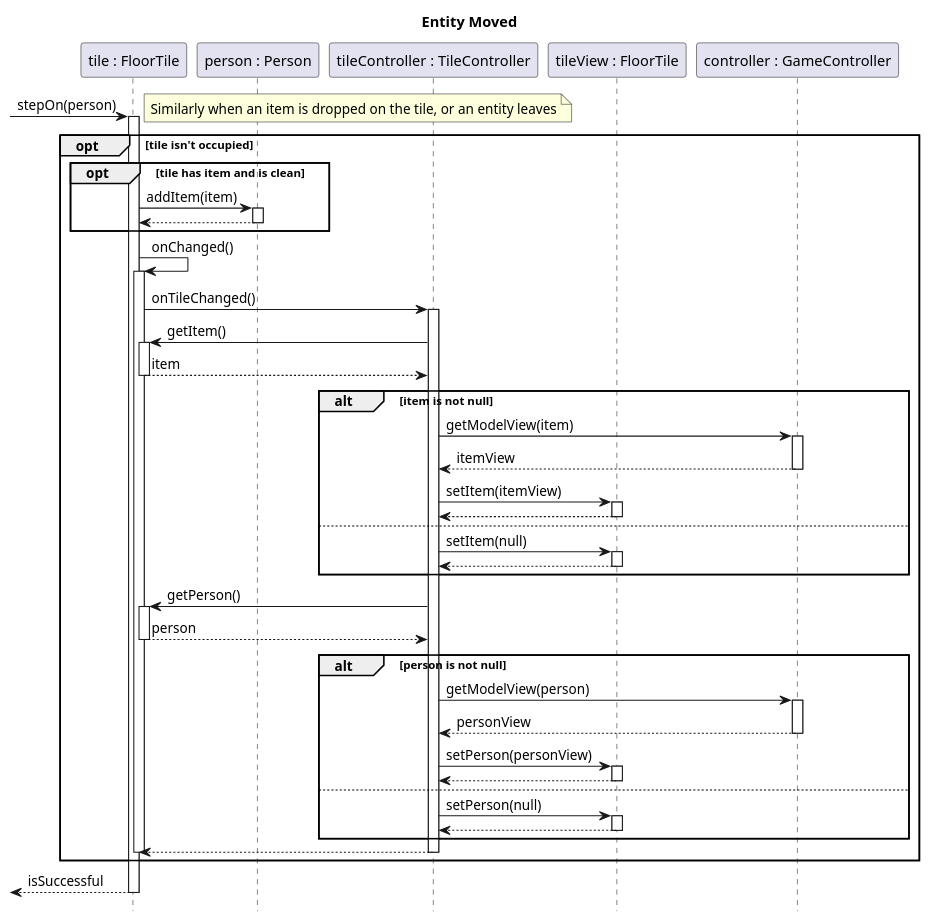
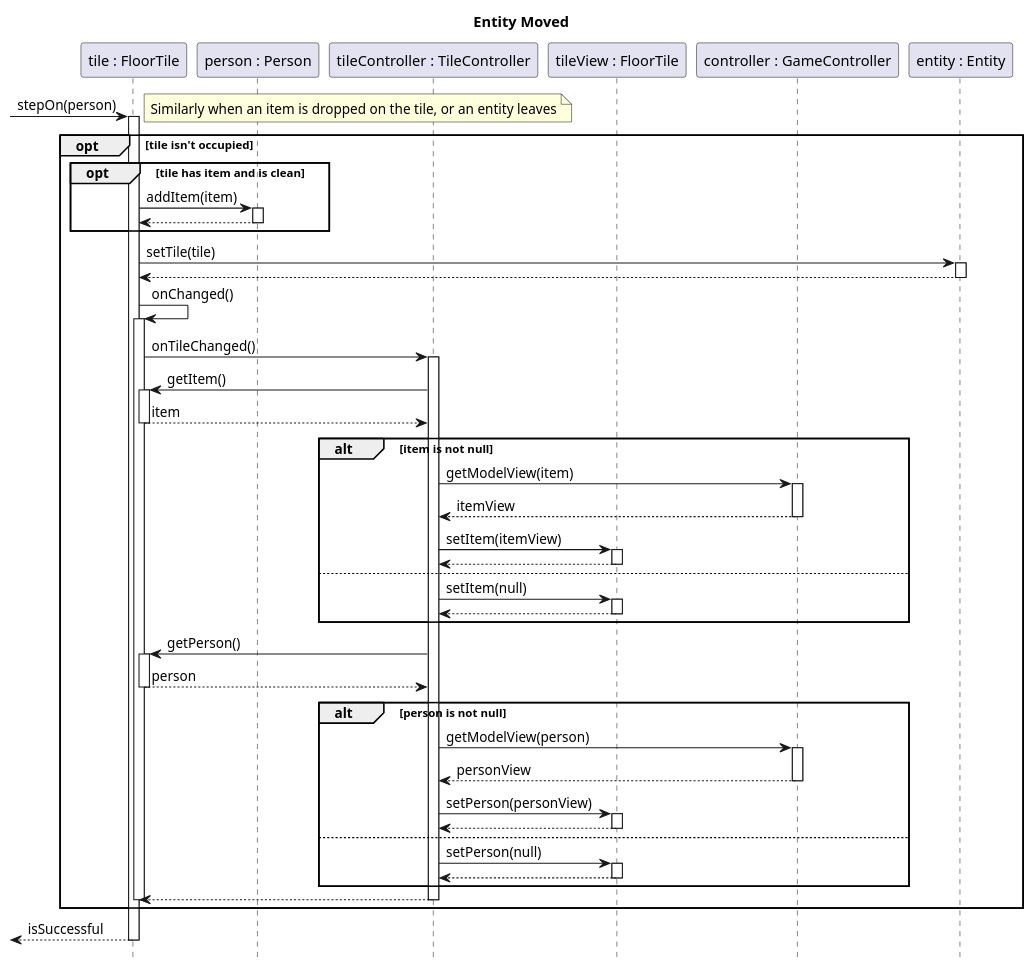
The second of 4 diagrams in docs/diagrams/graphics-sequence/interactions.puml (sn4k3ch4rm3r/logarlec), drawn with PlantUML before and after one commit.

Commit message:
now entities are told they moved

```diff
--- a/docs/diagrams/graphics-sequence/interactions.puml
+++ b/docs/diagrams/graphics-sequence/interactions.puml
@@ -35,51 +35,54 @@
 @startuml entity-movement
 
 title Entity Moved
 hide footbox
 skinparam SequenceReferenceBackgroundColor white
 
 participant "tile : FloorTile" as tile
 participant "person : Person" as person
 participant "tileController : TileController" as tileController
 participant "tileView : FloorTile" as tileView
 participant "controller : GameController" as controller
+participant "entity : Entity" as entity
 
 
 [-> tile ++: stepOn(person)
 	note right: Similarly when an item is dropped on the tile, or an entity leaves
 	opt tile isn't occupied
 		opt tile has item and is clean
 			tile -> person ++: addItem(item)
 			return
 		end
+		tile -> entity ++ : setTile(tile)
+        return
 		tile -> tile ++: onChanged()
 			tile -> tileController ++: onTileChanged()
 				tileController -> tile ++: getItem()
 				return item
 				alt item is not null
 					tileController -> controller ++: getModelView(item)
 					return itemView
 					tileController -> tileView ++: setItem(itemView)
 					return
 				else
 					tileController -> tileView ++: setItem(null)
 					return
 				end
 				
 				tileController -> tile ++: getPerson()
 				return person
 				alt person is not null
 					tileController -> controller ++: getModelView(person)
 					return personView
 					tileController -> tileView ++: setPerson(personView)
 					return
 				else
 					tileController -> tileView ++: setPerson(null)
 					return
 				end
 			return
 		tile-- 
 	end
 return isSuccessful
 
 @enduml
```
